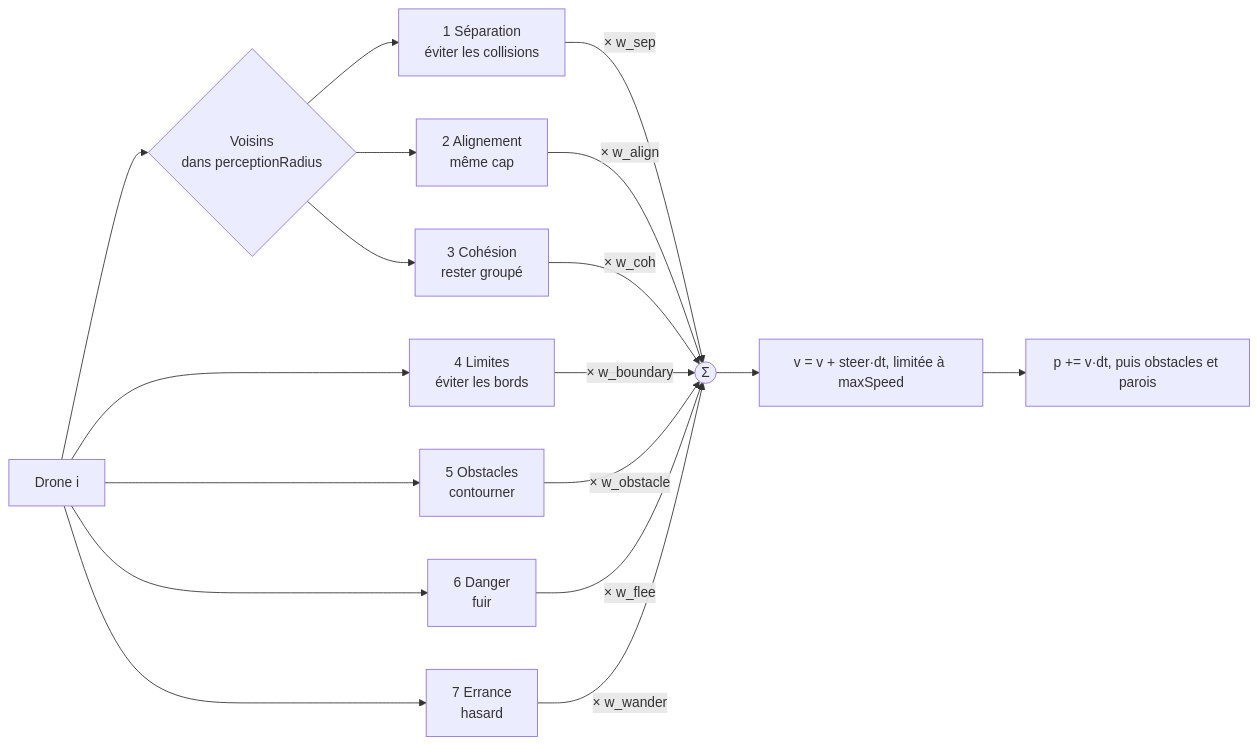
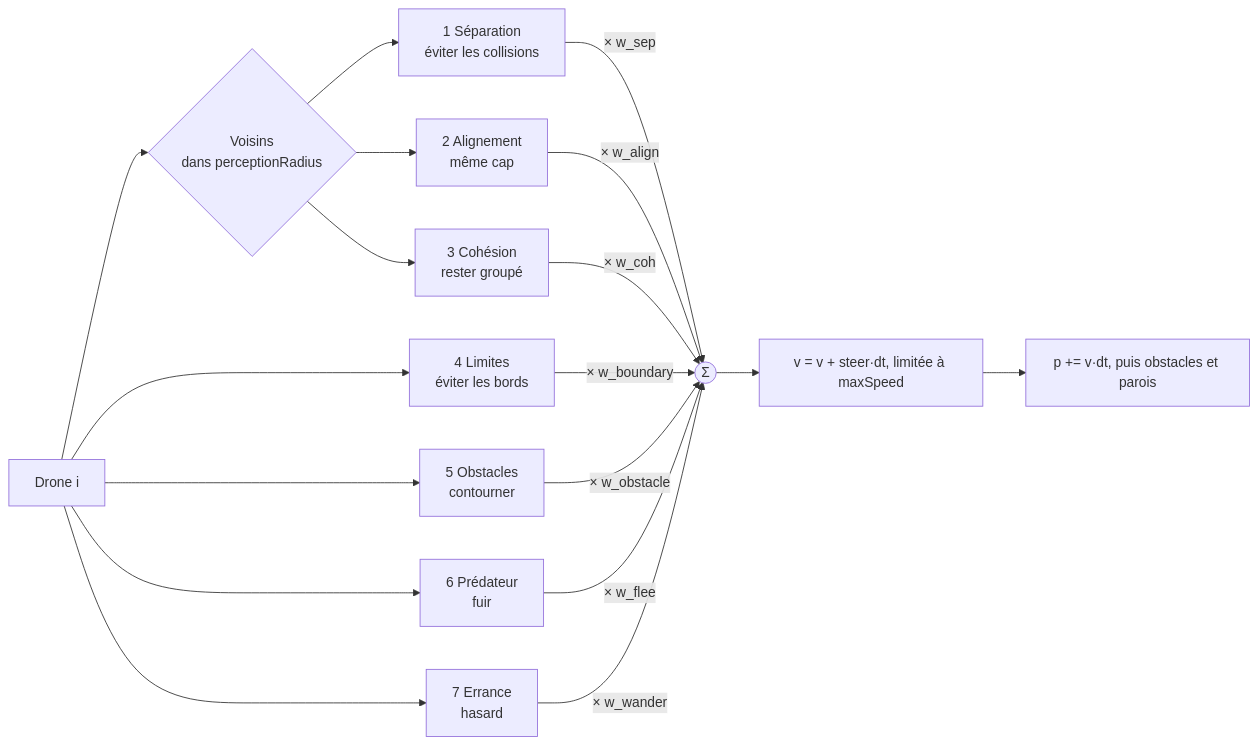
Before and after one commit to gakkel-labs/swarm-simulator: the diagram in docs/01-boids-rules.fr.md, drawn with Mermaid. The commit also changed other lines of this file and 14 other files, not shown here.

````diff
--- a/docs/01-boids-rules.fr.md
+++ b/docs/01-boids-rules.fr.md
@@ -38,20 +38,20 @@
 ```mermaid
 flowchart LR
     A[Drone i] --> P{Voisins<br/>dans perceptionRadius}
     P --> S[1 Séparation<br/>éviter les collisions]
     P --> AL[2 Alignement<br/>même cap]
     P --> C[3 Cohésion<br/>rester groupé]
     A --> B[4 Limites<br/>éviter les bords]
     A --> O[5 Obstacles<br/>contourner]
-    A --> F[6 Danger<br/>fuir]
+    A --> F[6 Prédateur<br/>fuir]
     A --> W[7 Errance<br/>hasard]
     S -->|× w_sep| SUM((Σ))
     AL -->|× w_align| SUM
     C -->|× w_coh| SUM
     B -->|× w_boundary| SUM
     O -->|× w_obstacle| SUM
     F -->|× w_flee| SUM
     W -->|× w_wander| SUM
     SUM --> V[v = v + steer·dt, limitée à maxSpeed]
     V --> POS[p += v·dt, puis obstacles et parois]
 ```
````
